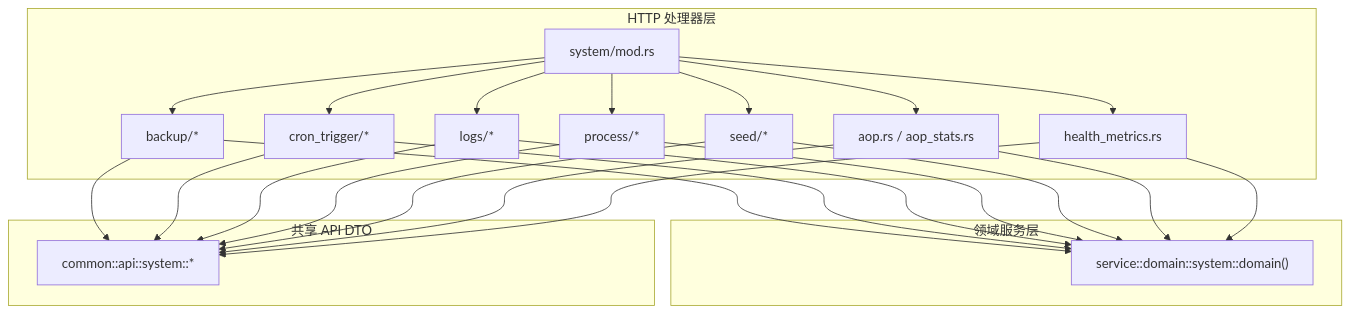
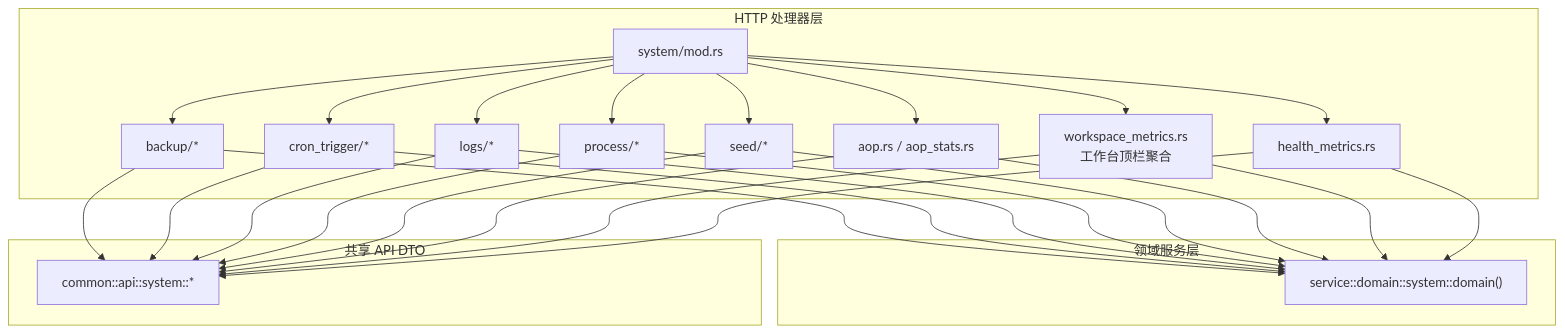
The first of 11 diagrams in docs/wiki/zh/content/核心模块/处理器层/System模块处理器/System模块处理器.md (runningcoders/ai_orz), drawn with Mermaid before and after one commit. The commit also changed other lines of this file and 3 other files, not shown here.

````diff
--- a/docs/wiki/zh/content/核心模块/处理器层/System模块处理器/System模块处理器.md
+++ b/docs/wiki/zh/content/核心模块/处理器层/System模块处理器/System模块处理器.md
@@ -52,40 +60,44 @@
 ```mermaid
 graph TB
 subgraph "HTTP 处理器层"
 A["system/mod.rs"]
 B["backup/*"]
 C["cron_trigger/*"]
 D["logs/*"]
 E["process/*"]
 F["seed/*"]
 G["aop.rs / aop_stats.rs"]
+W["workspace_metrics.rs<br/>工作台顶栏聚合"]
 H["health_metrics.rs"]
 end
 subgraph "领域服务层"
 I["service::domain::system::domain()"]
 end
 subgraph "共享 API DTO"
 J["common::api::system::*"]
 end
 A --> B
 A --> C
 A --> D
 A --> E
 A --> F
 A --> G
+A --> W
 A --> H
 B --> I
 C --> I
 D --> I
 E --> I
 F --> I
 G --> I
+W --> I
 H --> I
 B --> J
 C --> J
 D --> J
 E --> J
 F --> J
 G --> J
+W --> J
 H --> J
 ```
````
